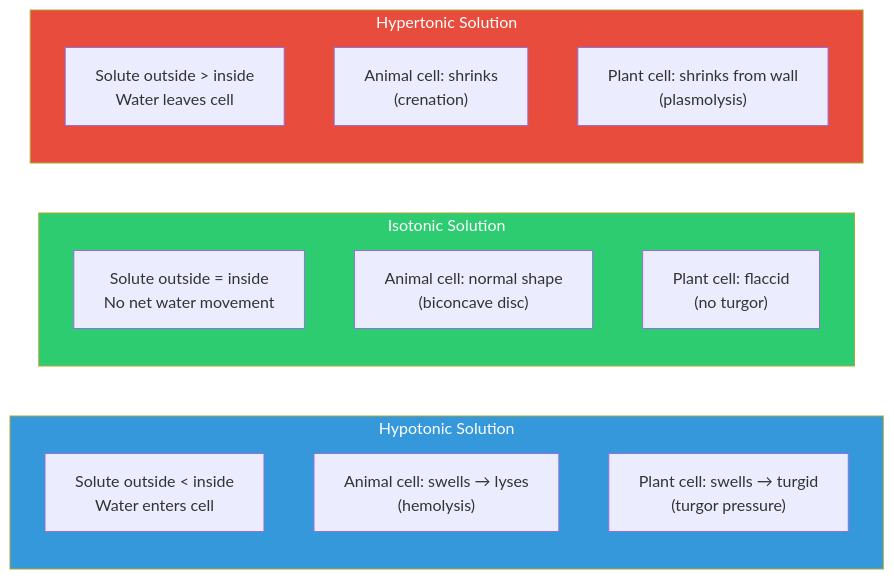
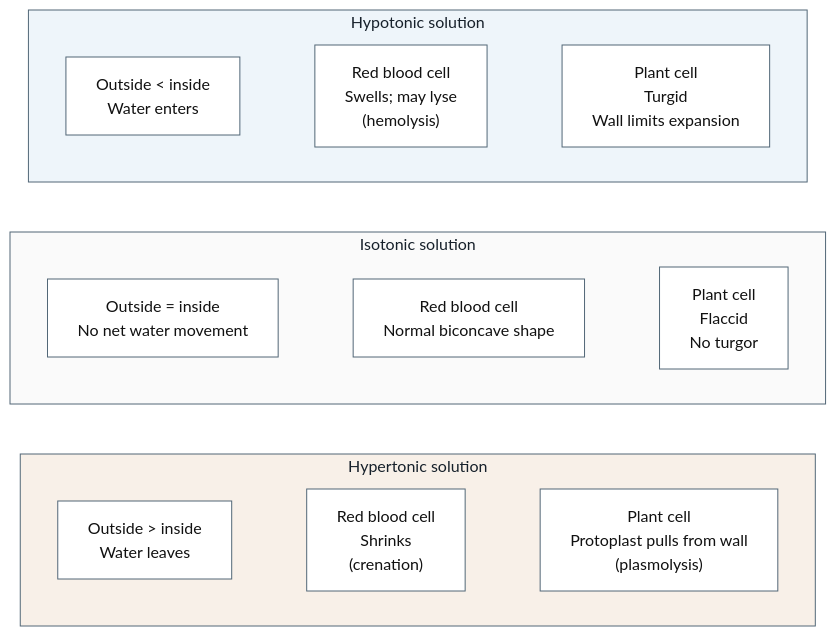
Before and after one commit to docxology/biology_textbook: the third of 3 diagrams in docs/manuscript/unit_I/water_and_life.md, drawn with Mermaid. The commit also changed other lines of this file and 41 other files, not shown here.

````diff
--- a/docs/manuscript/unit_I/water_and_life.md
+++ b/docs/manuscript/unit_I/water_and_life.md
@@ -373,24 +373,29 @@
 ```mermaid
-flowchart LR
-    subgraph HYPO["Hypotonic Solution"]
-        H1["Solute outside < inside<br/>Water enters cell"]
-        H2["Animal cell: swells → lyses<br/>(hemolysis)"]
-        H3["Plant cell: swells → turgid<br/>(turgor pressure)"]
+---
+config:
+  layout: dagre
+---
+flowchart TB
+    subgraph HYPO["Hypotonic solution"]
+        direction LR
+        H1["Outside < inside<br/>Water enters"] ~~~ H2["Red blood cell<br/>Swells; may lyse<br/>(hemolysis)"]
+        H2 ~~~ H3["Plant cell<br/>Turgid<br/>Wall limits expansion"]
     end
-
-    subgraph ISO["Isotonic Solution"]
-        I1["Solute outside = inside<br/>No net water movement"]
-        I2["Animal cell: normal shape<br/>(biconcave disc)"]
-        I3["Plant cell: flaccid<br/>(no turgor)"]
+    subgraph ISO["Isotonic solution"]
+        direction LR
+        I1["Outside = inside<br/>No net water movement"] ~~~ I2["Red blood cell<br/>Normal biconcave shape"]
+        I2 ~~~ I3["Plant cell<br/>Flaccid<br/>No turgor"]
     end
-
-    subgraph HYPER["Hypertonic Solution"]
-        HY1["Solute outside > inside<br/>Water leaves cell"]
-        HY2["Animal cell: shrinks<br/>(crenation)"]
-        HY3["Plant cell: shrinks from wall<br/>(plasmolysis)"]
+    subgraph HYPER["Hypertonic solution"]
+        direction LR
+        HY1["Outside > inside<br/>Water leaves"] ~~~ HY2["Red blood cell<br/>Shrinks<br/>(crenation)"]
+        HY2 ~~~ HY3["Plant cell<br/>Protoplast pulls from wall<br/>(plasmolysis)"]
     end
-
-    style HYPO fill:#3498db,color:#fff
-    style ISO fill:#2ecc71,color:#fff
-    style HYPER fill:#e74c3c,color:#fff
+    HYPO ~~~ ISO
+    ISO ~~~ HYPER
+    classDef response fill:#ffffff,stroke:#526777,color:#111111
+    class H1,H2,H3,I1,I2,I3,HY1,HY2,HY3 response
+    style HYPO fill:#eef5fa,stroke:#526777,color:#17212b
+    style ISO fill:#fafafa,stroke:#526777,color:#17212b
+    style HYPER fill:#f8f0e8,stroke:#526777,color:#17212b
 ```
````
